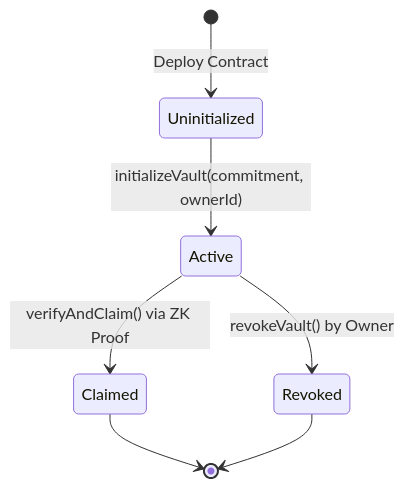
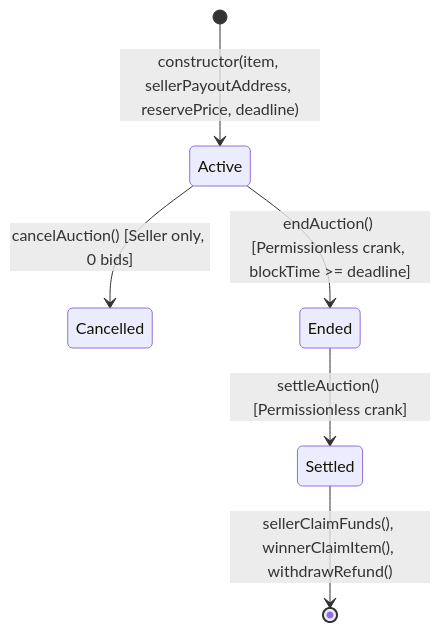
The diagram in PROPOSAL.md (thanchanb/midnight-dapp2), drawn with Mermaid before and after one commit. The commit also changed other lines of this file and 140 other files, not shown here.

````diff
--- a/PROPOSAL.md
+++ b/PROPOSAL.md
@@ -53,9 +55,8 @@
 ```mermaid
 stateDiagram-v2
-    [*] --> Uninitialized: Deploy Contract
-    Uninitialized --> Active: initializeVault(commitment, ownerId)
-    Active --> Claimed: verifyAndClaim() via ZK Proof
-    Active --> Revoked: revokeVault() by Owner
-    Claimed --> [*]
-    Revoked --> [*]
+    [*] --> Active: constructor(item, sellerPayoutAddress, reservePrice, deadline)
+    Active --> Cancelled: cancelAuction() [Seller only, 0 bids]
+    Active --> Ended: endAuction() [Permissionless crank, blockTime >= deadline]
+    Ended --> Settled: settleAuction() [Permissionless crank]
+    Settled --> [*]: sellerClaimFunds(), winnerClaimItem(), withdrawRefund()
 ```
````
